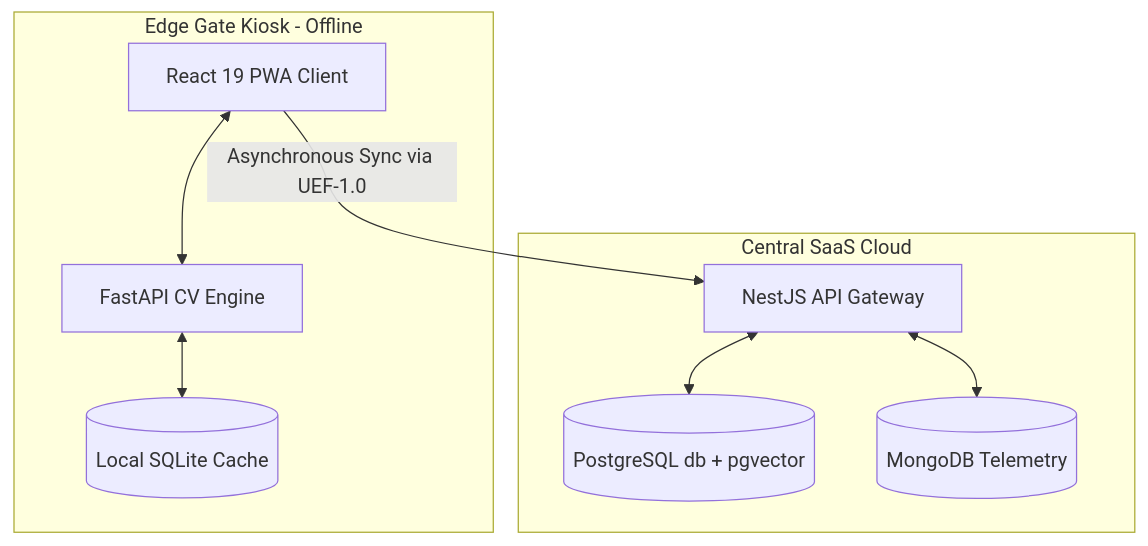
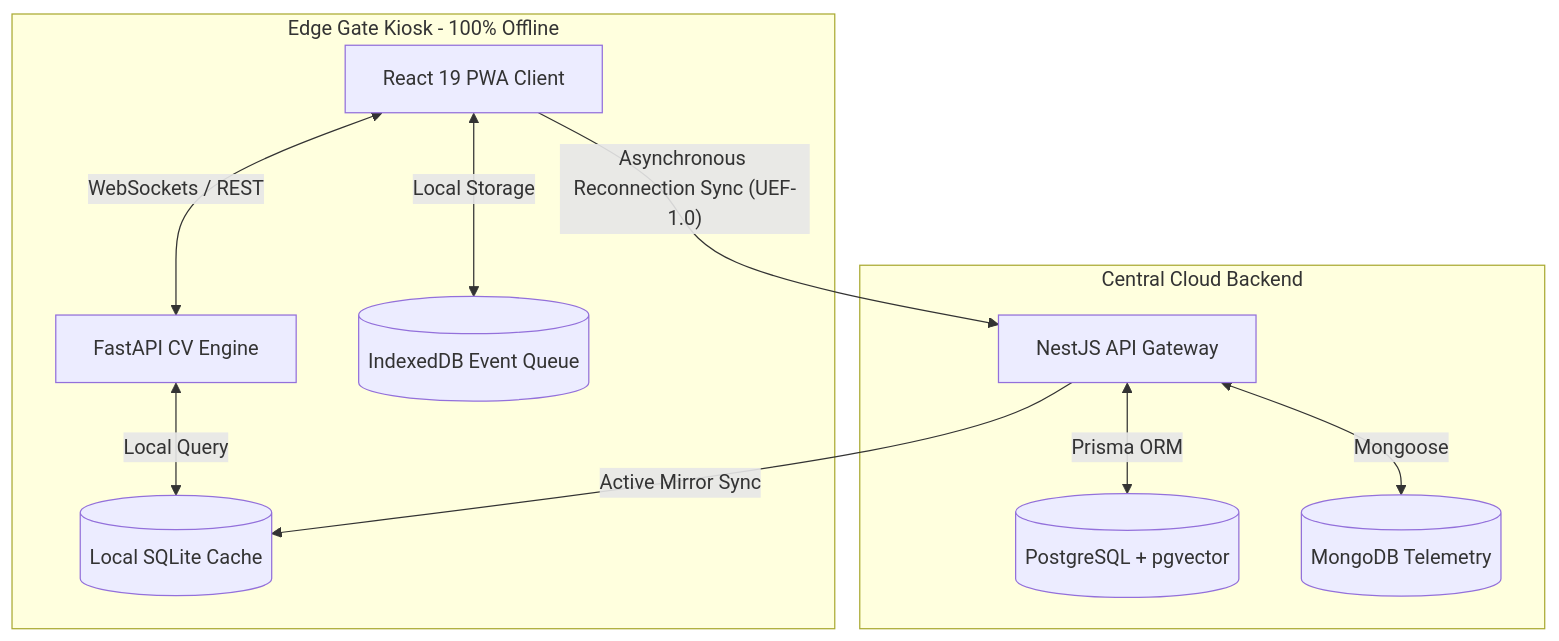
One commit to OrionGD/FaceShield changed the first of 2 diagrams in README.md. Above: the diagram before and after it, drawn with Mermaid. The commit also changed other lines of this file, not shown here.

````diff
--- a/README.md
+++ b/README.md
@@ -94,18 +169,20 @@
 ```mermaid
 graph TD
-    subgraph Edge Gate Kiosk [Edge Gate Kiosk - Offline]
-        PWA[React 19 PWA Client] <--> FAST[FastAPI CV Engine]
-        FAST <--> SQL[(Local SQLite Cache)]
+    subgraph Edge Gate Kiosk [Edge Gate Kiosk - 100% Offline]
+        PWA[React 19 PWA Client] <--> |WebSockets / REST| FAST[FastAPI CV Engine]
+        FAST <--> |Local Query| SQL[(Local SQLite Cache)]
+        PWA <--> |Local Storage| IDB[(IndexedDB Event Queue)]
     end
 
-    subgraph Central SaaS [Central SaaS Cloud]
+    subgraph Central SaaS [Central Cloud Backend]
         GATE[NestJS API Gateway]
-        PG[(PostgreSQL db + pgvector)]
+        PG[(PostgreSQL + pgvector)]
         MONGO[(MongoDB Telemetry)]
         
-        GATE <--> PG
-        GATE <--> MONGO
+        GATE <--> |Prisma ORM| PG
+        GATE <--> |Mongoose| MONGO
     end
 
-    PWA -- Asynchronous Sync via UEF-1.0 --> GATE
+    PWA -- "Asynchronous Reconnection Sync (UEF-1.0)" --> GATE
+    GATE -- "Active Mirror Sync" --> SQL
 ```
````
